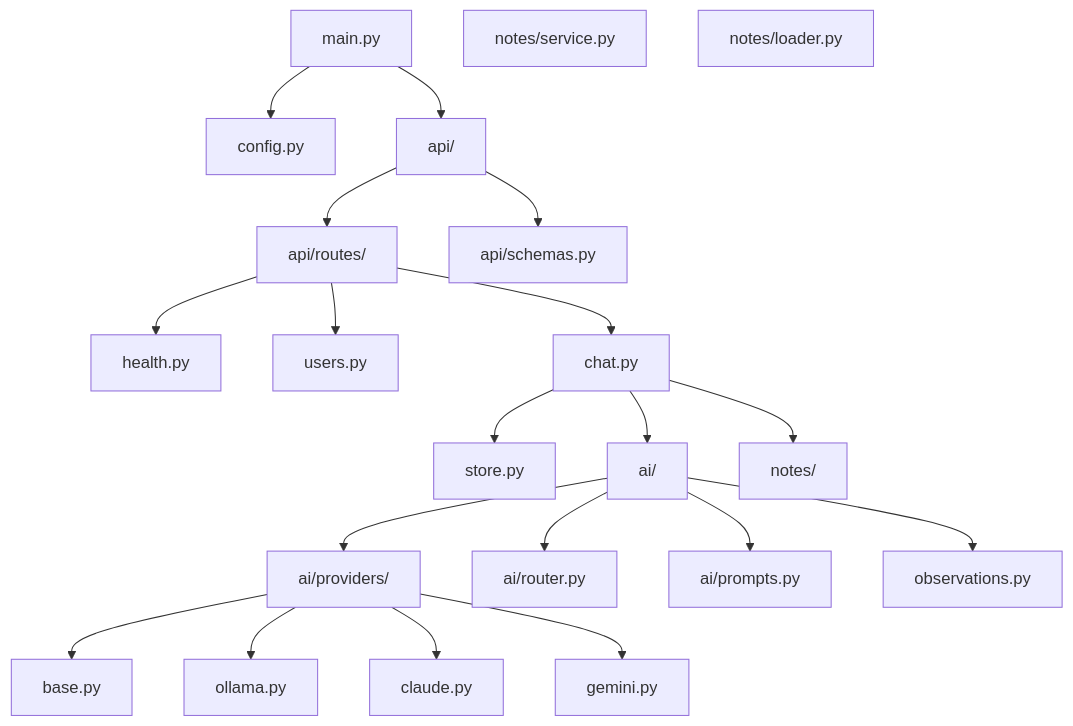
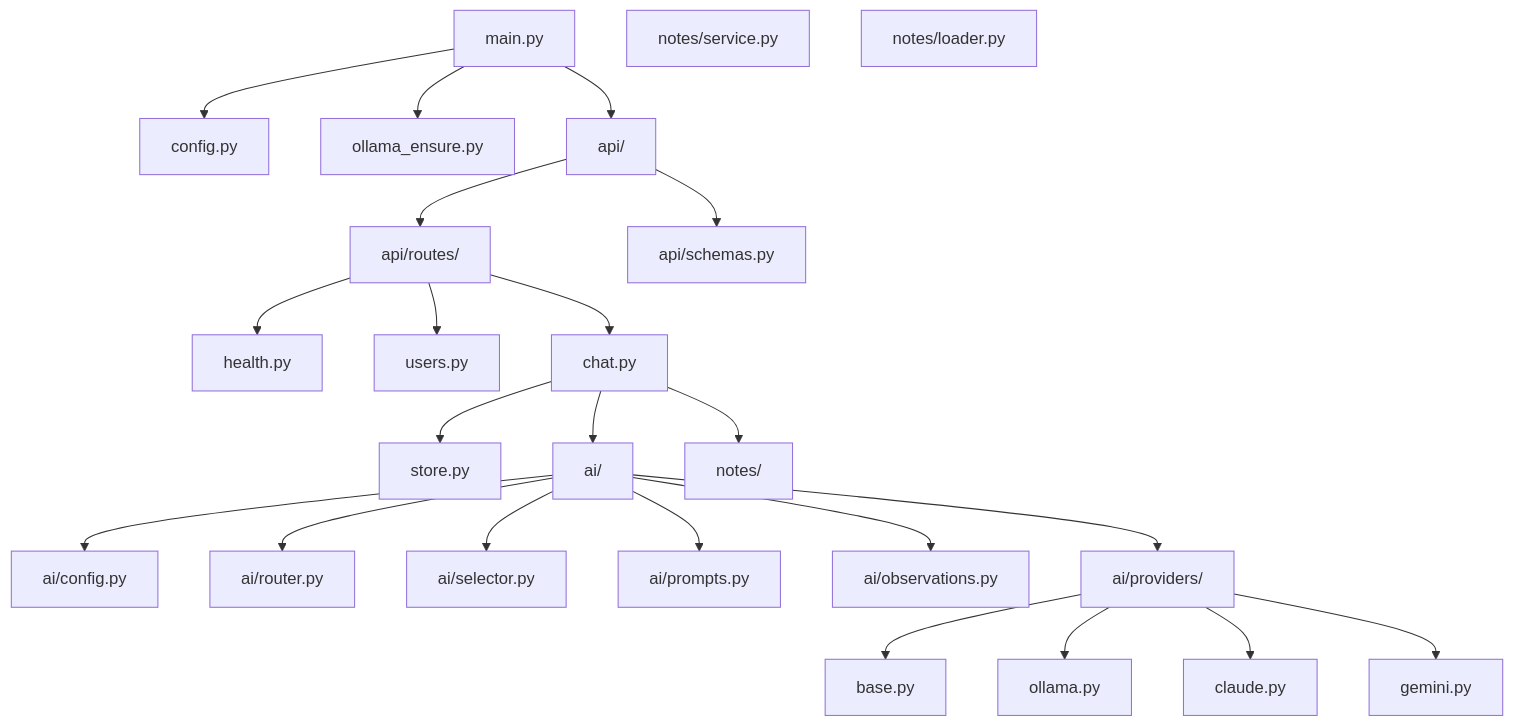
One commit to StevenGann/Gregory changed the diagram in docs/DEVELOPMENT.md. Above: the diagram before and after it, drawn with Mermaid. The commit also changed other lines of this file and 28 other files, not shown here.

````diff
--- a/docs/DEVELOPMENT.md
+++ b/docs/DEVELOPMENT.md
@@ -41,44 +41,50 @@
 ```mermaid
 flowchart TD
     main[main.py]
     config[config.py]
     store[store.py]
+    ollama_ensure[ollama_ensure.py]
 
     api[api/]
     api_routes[api/routes/]
     api_schemas[api/schemas.py]
 
     ai[ai/]
+    ai_config[ai/config.py]
+    ai_router[ai/router.py]
+    ai_selector[ai/selector.py]
+    ai_prompts[ai/prompts.py]
+    ai_observations[ai/observations.py]
     ai_providers[ai/providers/]
-    ai_router[ai/router.py]
-    ai_prompts[ai/prompts.py]
 
     notes[notes/]
     notes_service[notes/service.py]
     notes_loader[notes/loader.py]
 
     main --> api
     main --> config
+    main --> ollama_ensure
 
     api --> api_routes
     api --> api_schemas
 
     api_routes --> health[health.py]
     api_routes --> users[users.py]
     api_routes --> chat[chat.py]
 
     chat --> ai
     chat --> notes
     chat --> store
 
+    ai --> ai_config
     ai --> ai_router
+    ai --> ai_selector
     ai --> ai_prompts
+    ai --> ai_observations
     ai --> ai_providers
 
     ai_providers --> base[base.py]
     ai_providers --> ollama[ollama.py]
     ai_providers --> claude[claude.py]
     ai_providers --> gemini[gemini.py]
-
-    ai --> ai_observations[observations.py]
 ```
````
